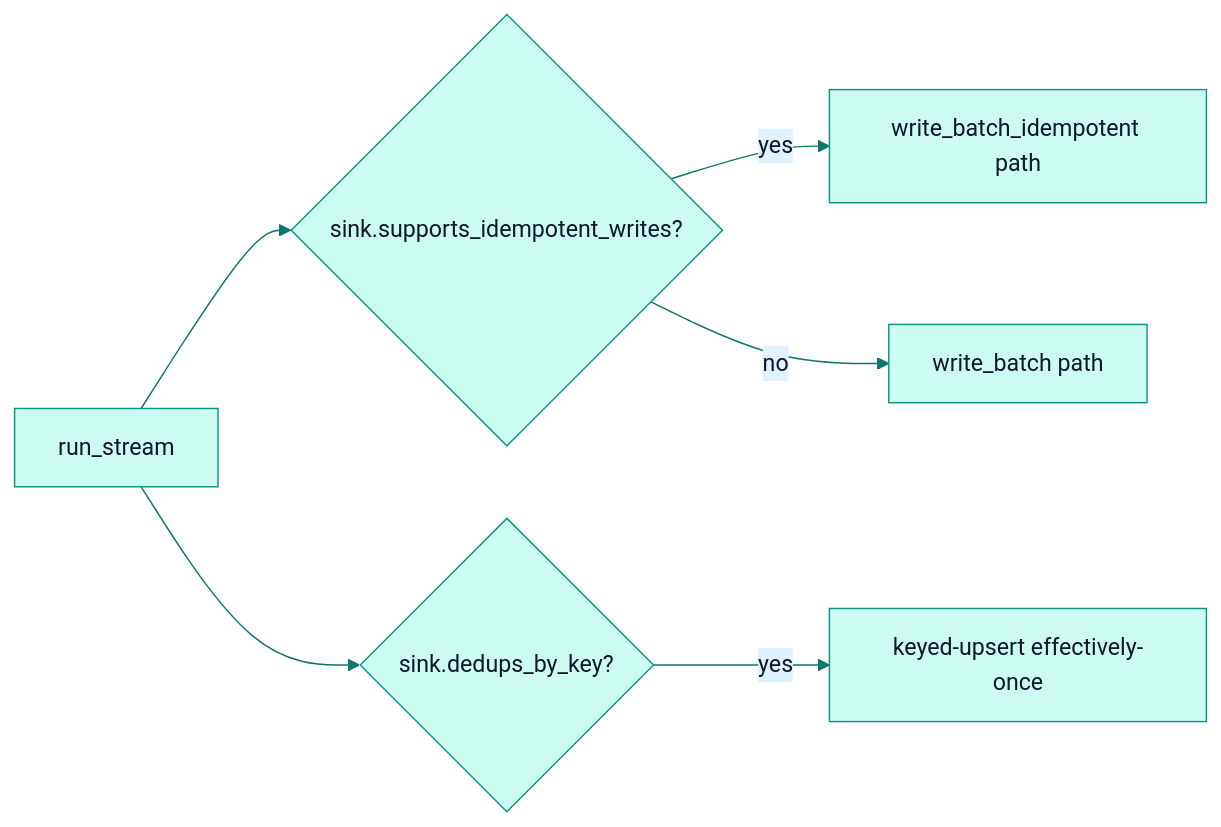
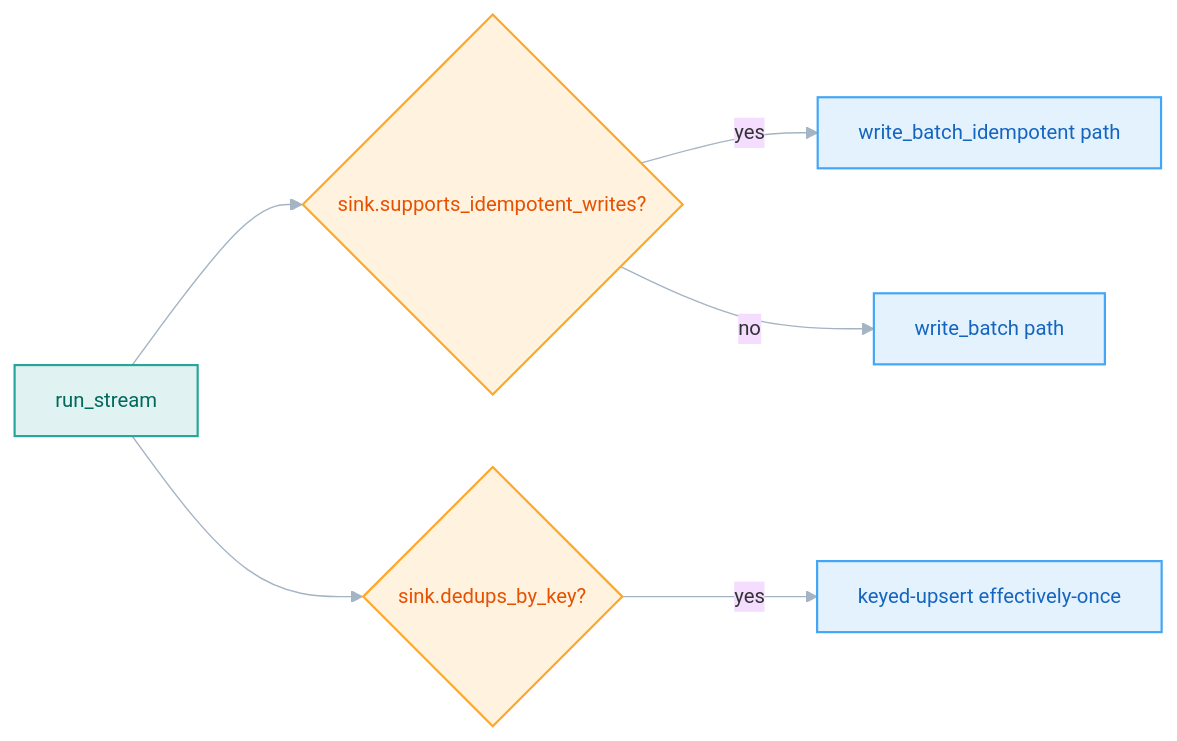
Before and after one commit to PawanSikawat/faucet-stream: the diagram in docs/architecture/connector-sdk.md, drawn with Mermaid. The commit also changed 28 other files, not shown here.

First line of the commit message:
docs: upgrade Mermaid diagrams to V2 role-coded style

````diff
--- a/docs/architecture/connector-sdk.md
+++ b/docs/architecture/connector-sdk.md
@@ -57,9 +57,15 @@
 ```mermaid
-%%{init: {'theme':'base','themeVariables':{'primaryColor':'#ccfbf1','primaryTextColor':'#0f172a','primaryBorderColor':'#0d9488','lineColor':'#0f766e','secondaryColor':'#e0f2fe','tertiaryColor':'#f0fdfa','fontFamily':'-apple-system,BlinkMacSystemFont,Segoe UI,sans-serif'}}}%%
+%%{init: {'theme':'base','flowchart':{'curve':'basis','nodeSpacing':50,'rankSpacing':72,'padding':14},'themeVariables':{'fontFamily':'-apple-system,BlinkMacSystemFont,Segoe UI,sans-serif','fontSize':'14px','lineColor':'#a5b4c4','clusterBkg':'#f8fafc','clusterBorder':'#e2e8f0'}}}%%
 flowchart LR
     P[run_stream] --> Q{sink.supports_idempotent_writes?}
     Q -->|yes| EO[write_batch_idempotent path]
     Q -->|no| DEF[write_batch path]
     P --> R{sink.dedups_by_key?}
     R -->|yes| KU[keyed-upsert effectively-once]
+    classDef src fill:#e0f2f1,stroke:#26a69a,stroke-width:1.5px,color:#00695c
+    classDef dec fill:#fff3e0,stroke:#ffa726,stroke-width:1.5px,color:#e65100
+    classDef sink fill:#e3f2fd,stroke:#42a5f5,stroke-width:1.5px,color:#1565c0
+    class P src
+    class Q,R dec
+    class EO,DEF,KU sink
 ```
````
